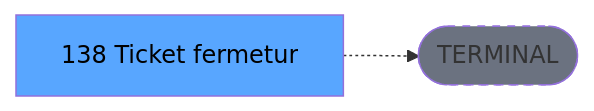
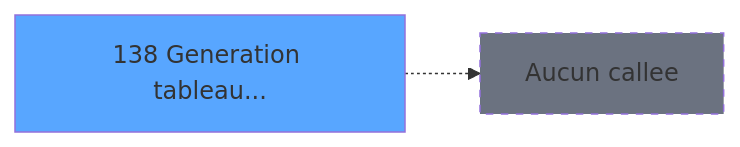
One commit to thonyAGP/magic-migration changed the third of 3 diagrams in .openspec/specs/ADH-IDE-138.md. Above: the diagram before and after it, drawn with Mermaid. The commit also changed other lines of this file and 311 other files, not shown here.

````diff
--- a/.openspec/specs/ADH-IDE-138.md
+++ b/.openspec/specs/ADH-IDE-138.md
@@ -145,8 +305,8 @@
 ```mermaid
 graph LR
-    T[138 Ticket fermetur]
-    TERM([TERMINAL])
-    T -.-> TERM
-    style TERM fill:#6b7280,stroke-dasharray: 5 5
-    style T fill:#58a6ff,color:#000
+    T138[138 Generation tableau...]
+    style T138 fill:#58a6ff
+    NONE[Aucun callee]
+    T138 -.-> NONE
+    style NONE fill:#6b7280,stroke-dasharray: 5 5
 ```
````
